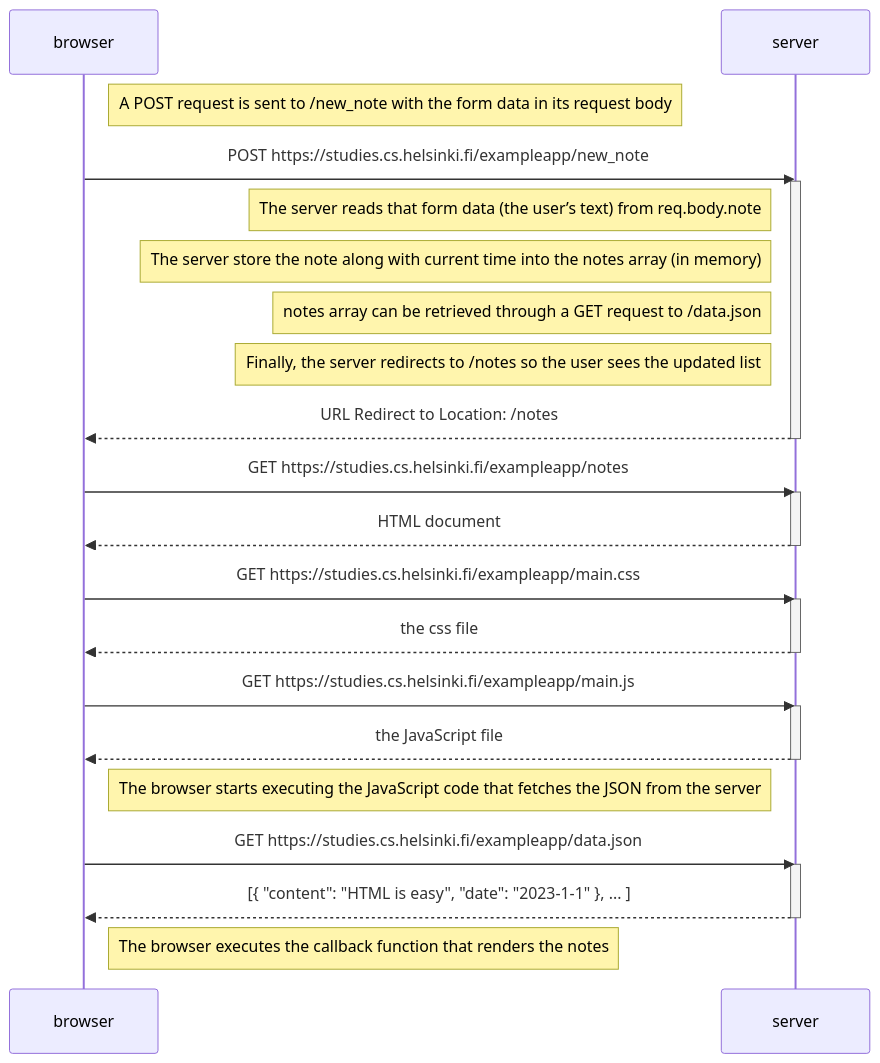
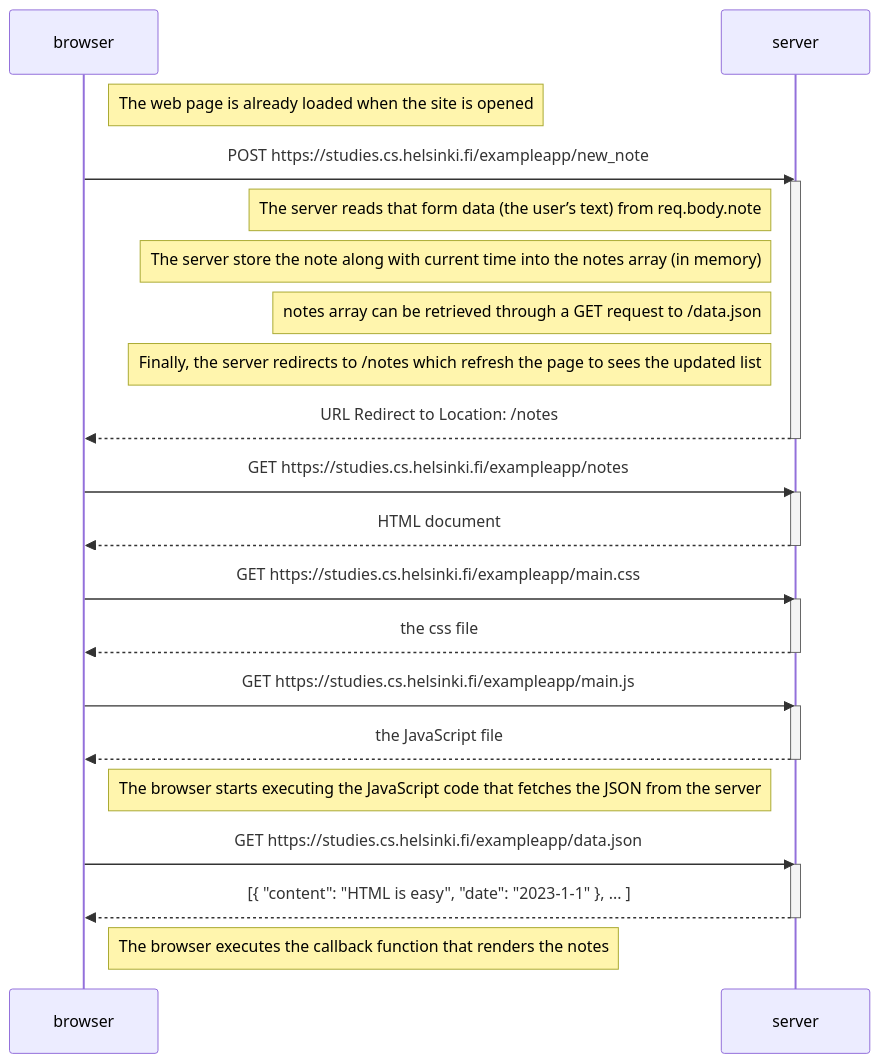
Before and after one commit to adibmp137/fullstackopen: the diagram in part0/0.4-New-note-diagram.md, drawn with Mermaid.

````diff
--- a/part0/0.4-New-note-diagram.md
+++ b/part0/0.4-New-note-diagram.md
@@ -1,40 +1,40 @@
 ```mermaid
 sequenceDiagram
     participant browser
     participant server
 
-    Note right of browser:A POST request is sent to /new_note with the form data in its request body
+    Note right of browser:The web page is already loaded when the site is opened
     browser->>server: POST https://studies.cs.helsinki.fi/exampleapp/new_note
     activate server
     Note left of server: The server reads that form data (the user’s text) from req.body.note
     Note left of server: The server store the note along with current time into the notes array (in memory)
     Note left of server: notes array can be retrieved through a GET request to /data.json 
-    Note left of server: Finally, the server redirects to /notes so the user sees the updated list
+    Note left of server: Finally, the server redirects to /notes which refresh the page to sees the updated list
 
     server-->>browser: URL Redirect to Location: /notes
     deactivate server
 
     browser->>server: GET https://studies.cs.helsinki.fi/exampleapp/notes
     activate server
     server-->>browser: HTML document
     deactivate server
 
     browser->>server: GET https://studies.cs.helsinki.fi/exampleapp/main.css
     activate server
     server-->>browser: the css file
     deactivate server
 
     browser->>server: GET https://studies.cs.helsinki.fi/exampleapp/main.js
     activate server
     server-->>browser: the JavaScript file
     deactivate server
 
     Note right of browser: The browser starts executing the JavaScript code that fetches the JSON from the server
 
     browser->>server: GET https://studies.cs.helsinki.fi/exampleapp/data.json
     activate server
     server-->>browser: [{ "content": "HTML is easy", "date": "2023-1-1" }, ... ]
     deactivate server
 
     Note right of browser: The browser executes the callback function that renders the notes
 ```
````
